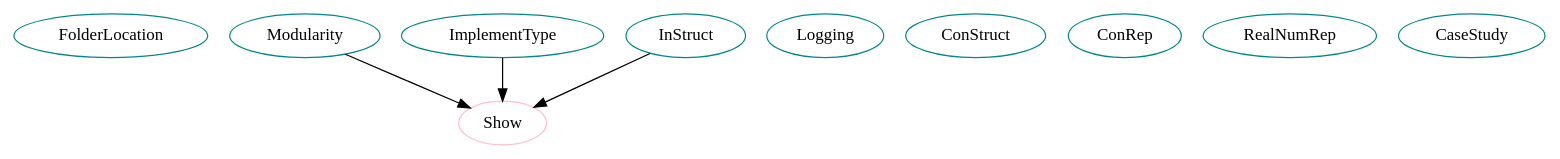
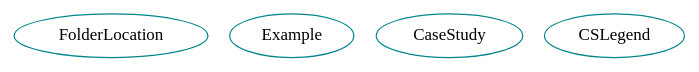
The diagram in analysis/DataTable/packagegraphs/website.dot (JacquesCarette/Drasil), drawn with Graphviz before and after one commit. The commit also changed 754 other files, not shown here.

```diff
--- a/analysis/DataTable/packagegraphs/website.dot
+++ b/analysis/DataTable/packagegraphs/website.dot
@@ -1,15 +1,6 @@
 digraph website{
 FolderLocation	[shape=oval, color=turquoise4, label="FolderLocation"];
-Modularity	[shape=oval, color=turquoise4, label="Modularity"];
-ImplementType	[shape=oval, color=turquoise4, label="ImplementType"];
-Logging	[shape=oval, color=turquoise4, label="Logging"];
-InStruct	[shape=oval, color=turquoise4, label="InStruct"];
-ConStruct	[shape=oval, color=turquoise4, label="ConStruct"];
-ConRep	[shape=oval, color=turquoise4, label="ConRep"];
-RealNumRep	[shape=oval, color=turquoise4, label="RealNumRep"];
+Example	[shape=oval, color=turquoise4, label="Example"];
 CaseStudy	[shape=oval, color=turquoise4, label="CaseStudy"];
-Show	[shape=oval, color=pink, label="Show"];
-Modularity -> Show;
-ImplementType -> Show;
-InStruct -> Show;
+CSLegend	[shape=oval, color=turquoise4, label="CSLegend"];
 }
```
